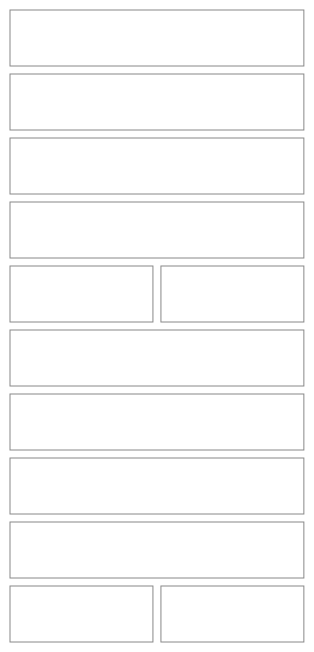
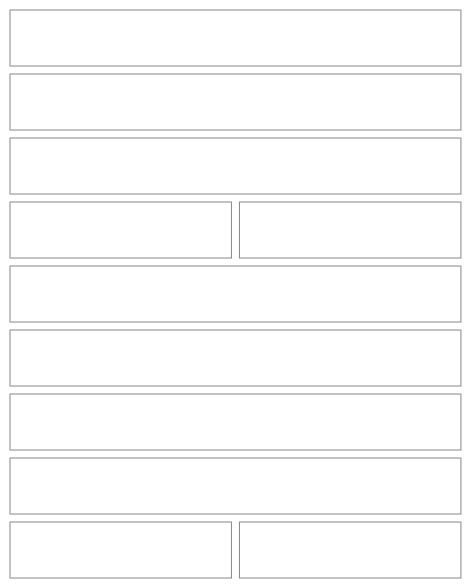
Before and after one commit to NovaMoonX/moondreams-dev-apps: diagram 31 of 57 in src/apps/pinch/UX.md, drawn with Mermaid. The commit also changed other lines of this file and 123 other files, not shown here.

````diff
--- a/src/apps/pinch/UX.md
+++ b/src/apps/pinch/UX.md
@@ -1011,29 +1055,27 @@
 ```mermaid
 %%{init: {'theme': 'base', 'themeVariables': {'primaryColor': 'transparent', 'primaryBorderColor': '#888888', 'primaryTextColor': '#333333', 'lineColor': '#888888'}}}%%
 block-beta
   columns 2
   A1["Shopping list"]:2
   A2["Adobo chicken"]:2
-  A2b["Untick what you already have."]:2
   A3["For  − 4 +  servings"]:2
-  A4["Adding 3 of 6"]:1
+  A4["Adding 3 of 6<br/>Untick what you already have."]:1
   A5["Tick all"]:1
   A6["☐ Chicken thigh · 2 lb<br/>Already on your list for this recipe"]:2
   A7["☑ Jasmine rice · 0.5 cup"]:2
   A7b["Usually at home: tick what you're out of"]:2
   A7c["☐ Black pepper"]:2
   A8["Cancel"]:1
   A9["Add 3"]:1
   style A1 fill:transparent,stroke:#888888,stroke-width:1px;
   style A2 fill:transparent,stroke:#888888,stroke-width:1px;
-  style A2b fill:transparent,stroke:#888888,stroke-width:1px;
   style A3 fill:transparent,stroke:#888888,stroke-width:1px;
   style A4 fill:transparent,stroke:#888888,stroke-width:1px;
   style A5 fill:transparent,stroke:#888888,stroke-width:1px;
   style A6 fill:transparent,stroke:#888888,stroke-width:1px;
   style A7 fill:transparent,stroke:#888888,stroke-width:1px;
   style A7b fill:transparent,stroke:#888888,stroke-width:1px;
   style A7c fill:transparent,stroke:#888888,stroke-width:1px;
   style A8 fill:transparent,stroke:#888888,stroke-width:1px;
   style A9 fill:transparent,stroke:#888888,stroke-width:1px;
 ```
````
